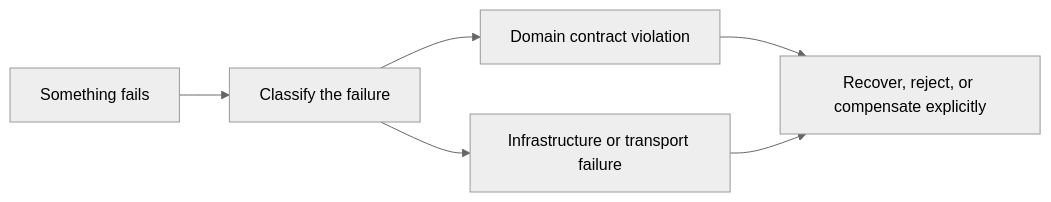
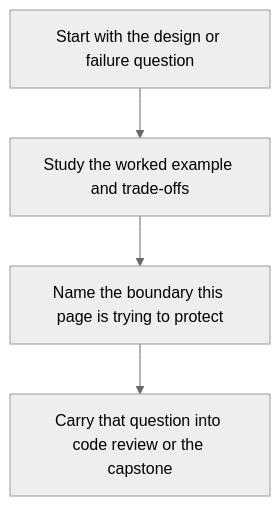
The second of 2 diagrams in programs/python-programming/python-object-oriented-programming/course-book/module-05-resources-and-evolution/domain-errors-recovery-contracts-and-compensating-actions.md (bijux/bijux-masterclass), drawn with Mermaid (neutral theme) before and after one commit. The commit also changed other lines of this file and 107 other files, not shown here.

Commit message:
docs(python-object-oriented-programming): align concept page diagrams

````diff
--- a/programs/python-programming/python-object-oriented-programming/course-book/module-05-resources-and-evolution/domain-errors-recovery-contracts-and-compensating-actions.md
+++ b/programs/python-programming/python-object-oriented-programming/course-book/module-05-resources-and-evolution/domain-errors-recovery-contracts-and-compensating-actions.md
@@ -19,8 +15,6 @@
 ```mermaid
-flowchart LR
-  fail["Something fails"] --> classify["Classify the failure"]
-  classify --> domain["Domain contract violation"]
-  classify --> infra["Infrastructure or transport failure"]
-  domain --> recover["Recover, reject, or compensate explicitly"]
-  infra --> recover
+flowchart TD
+  problem["Start with the design or failure question"] --> example["Study the worked example and trade-offs"]
+  example --> boundary["Name the boundary this page is trying to protect"]
+  boundary --> proof["Carry that question into code review or the capstone"]
 ```
````
